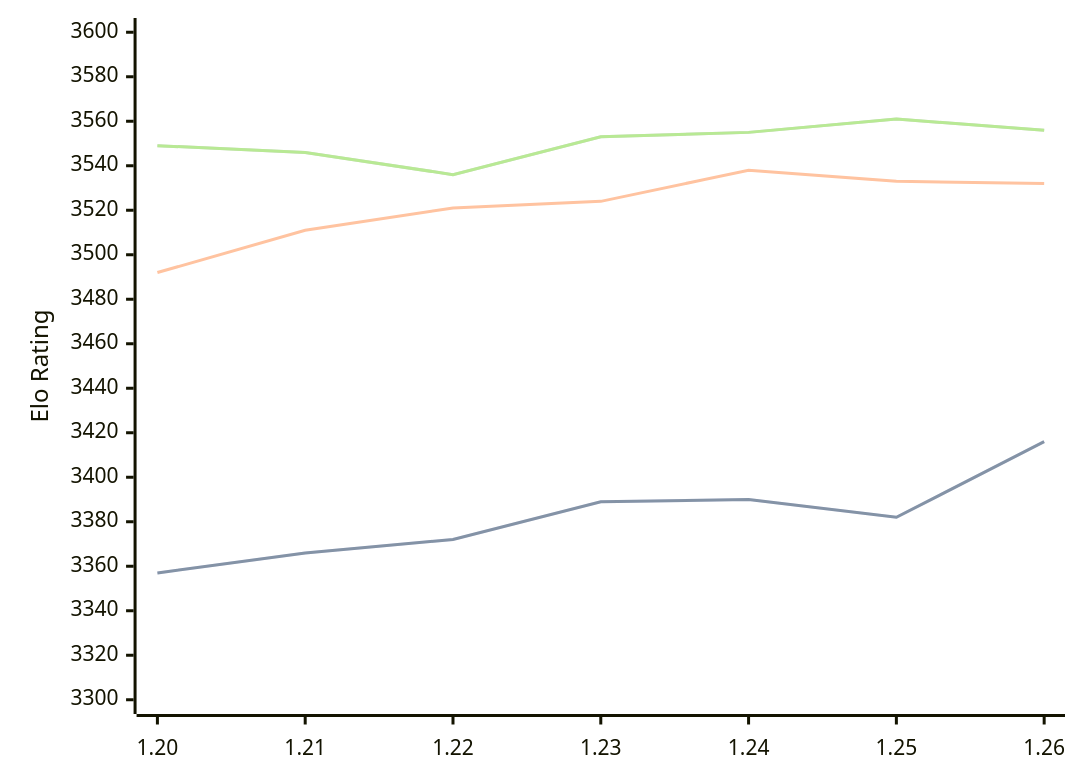
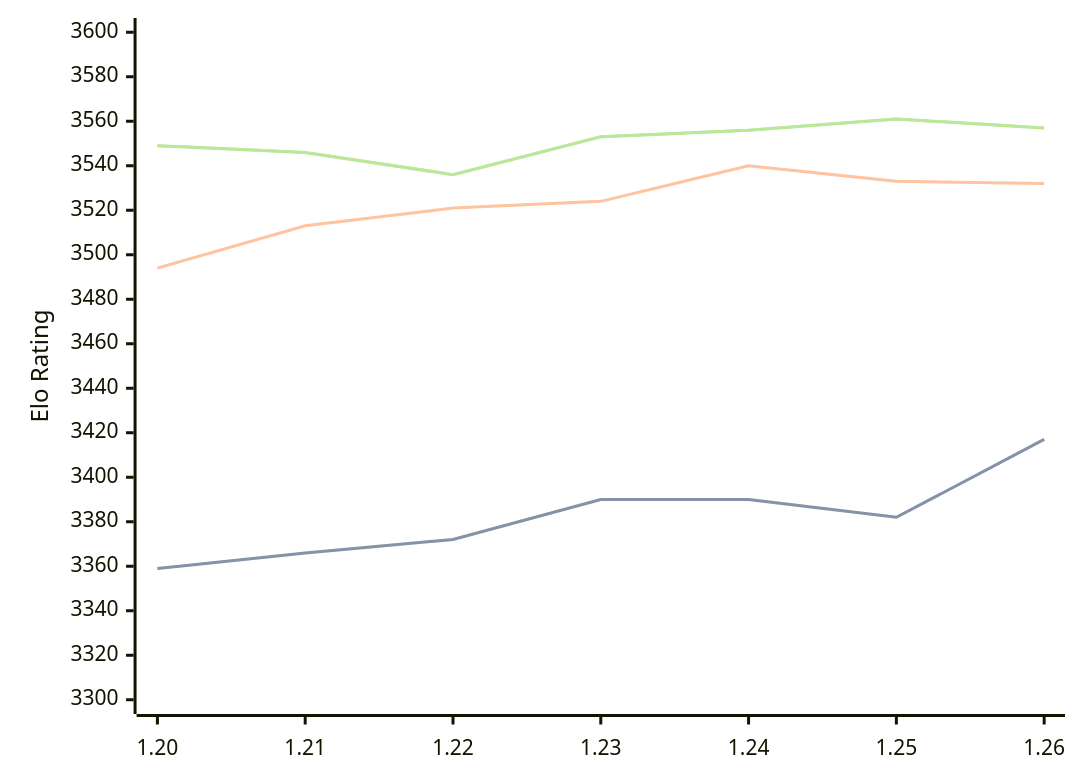
The diagram in engines/Caissa.md (computer-chess-index/cci), drawn with Mermaid before and after one commit. The commit also changed other lines of this file, not shown here.

Commit message:
Update CCI Ratings (ELO VLTC) - 2026-09-02

````diff
--- a/engines/Caissa.md
+++ b/engines/Caissa.md
@@ -37,11 +37,11 @@
 ```mermaid
 %%{init: {"theme":"base","themeVariables":{"seriesColors:['#a3a3a3','#222221','#faa371']}}}%%
 xychart-beta
   x-axis ["1.20", "1.21", "1.22", "1.23", "1.24", "1.25", "1.26"]
   y-axis "Elo Rating" 3300 --> 3600
-  line "" [3357, 3366, 3372, 3389, 3390, 3382, 3416]
-  line "STC (8.0+0.08s)" [3357, 3366, 3372, 3389, 3390, 3382, 3416]
-  line "LTC (60.0+0.60s)" [3492, 3511, 3521, 3524, 3538, 3533, 3532]
-  line "" [3549, 3546, 3536, 3553, 3555, 3561, 3556]
-  line "VLTC (2m24s+1.12s)" [3549, 3546, 3536, 3553, 3555, 3561, 3556]
+  line "" [3359, 3366, 3372, 3390, 3390, 3382, 3417]
+  line "STC (8.0+0.08s)" [3359, 3366, 3372, 3390, 3390, 3382, 3417]
+  line "LTC (60.0+0.60s)" [3494, 3513, 3521, 3524, 3540, 3533, 3532]
+  line "" [3549, 3546, 3536, 3553, 3556, 3561, 3557]
+  line "VLTC (2m24s+1.12s)" [3549, 3546, 3536, 3553, 3556, 3561, 3557]
 ```
````
